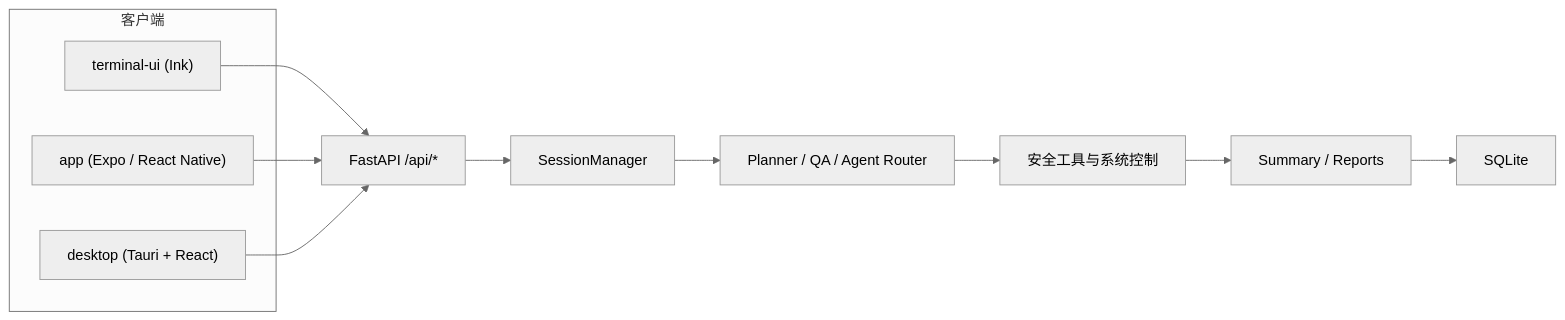
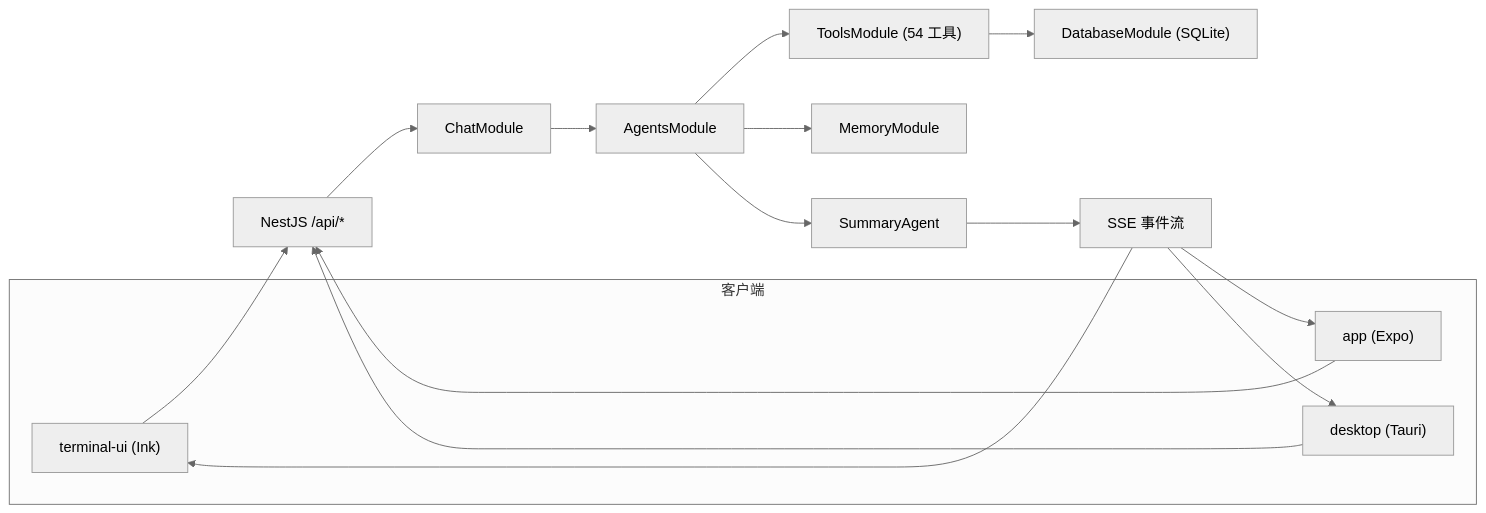
The diagram in README.md (iammm0/secbot), drawn with Mermaid (neutral theme) before and after one commit. The commit also changed other lines of this file and 44 other files, not shown here.

````diff
--- a/README.md
+++ b/README.md
@@ -72,18 +72,23 @@
 ```mermaid
 flowchart LR
   subgraph Clients["客户端"]
     tui["terminal-ui (Ink)"]
-    mobile["app (Expo / React Native)"]
-    desktop["desktop (Tauri + React)"]
+    mobile["app (Expo)"]
+    desktop["desktop (Tauri)"]
   end
 
-  tui --> api["FastAPI /api/*"]
+  tui --> api["NestJS /api/*"]
   mobile --> api
   desktop --> api
 
-  api --> session["SessionManager"]
-  session --> planner["Planner / QA / Agent Router"]
-  planner --> tools["安全工具与系统控制"]
-  tools --> summary["Summary / Reports"]
-  summary --> db["SQLite"]
+  api --> chat["ChatModule"]
+  chat --> agents["AgentsModule"]
+  agents --> tools["ToolsModule (54 工具)"]
+  tools --> db["DatabaseModule (SQLite)"]
+  agents --> memory["MemoryModule"]
+  agents --> summary["SummaryAgent"]
+  summary --> sse["SSE 事件流"]
+  sse --> tui
+  sse --> mobile
+  sse --> desktop
 ```
````
